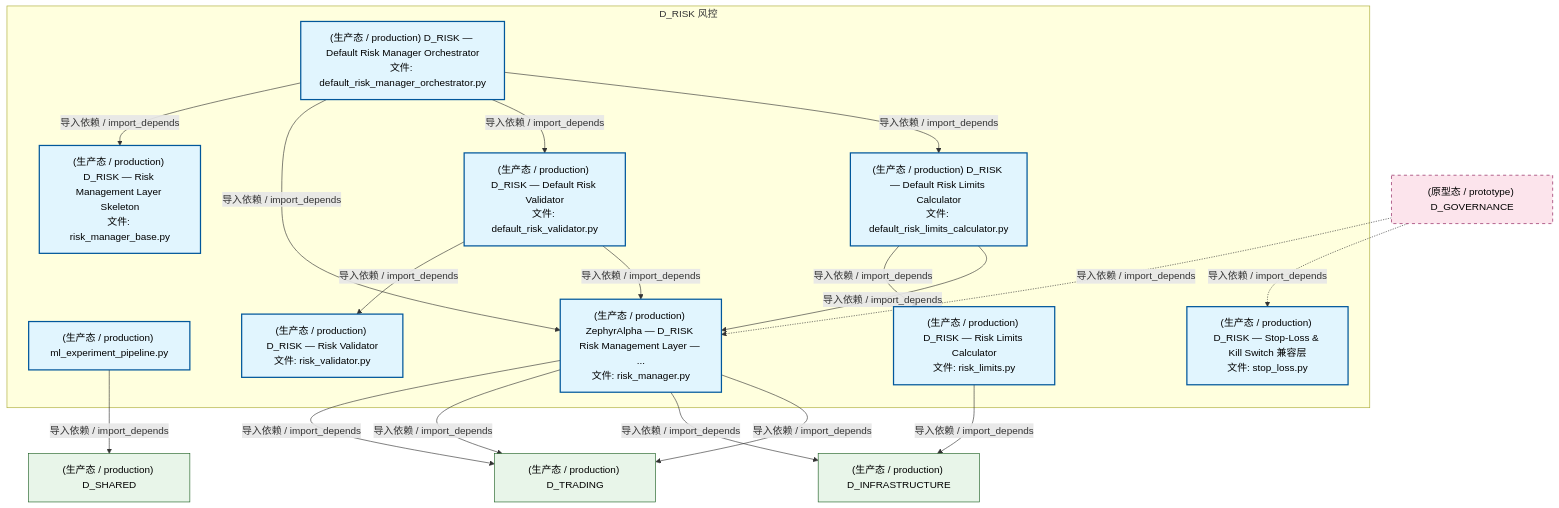
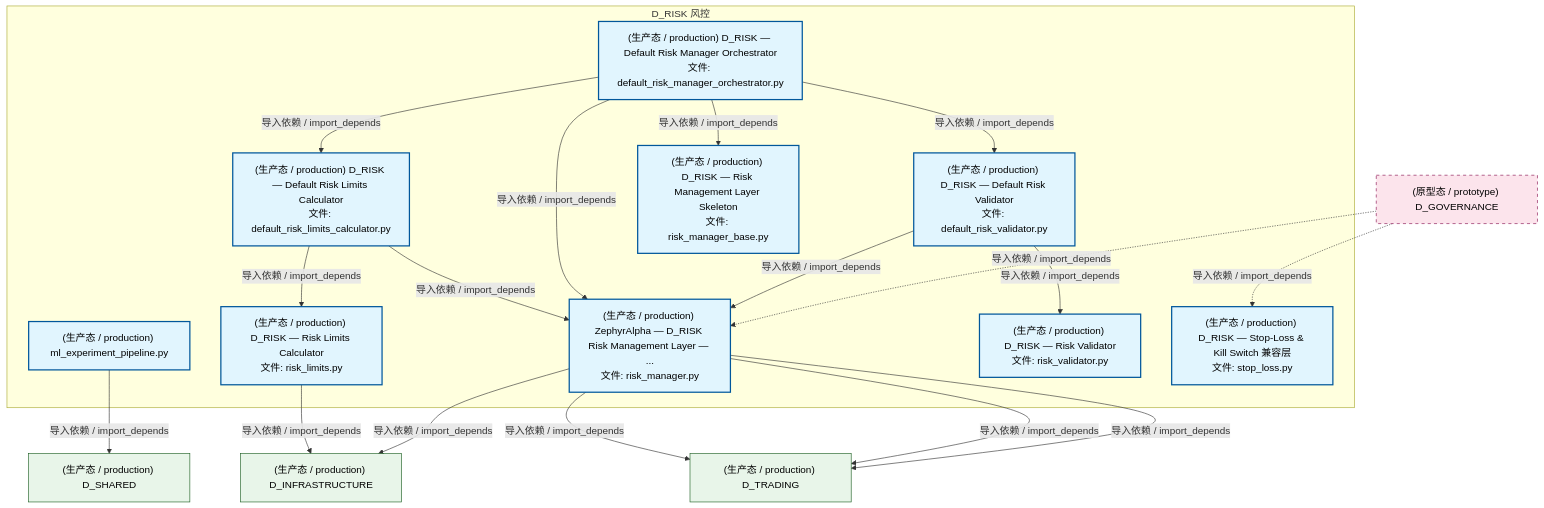
Before and after one commit to xuanFelixVan/ZephyrAlpha: the second of 4 diagrams in docs/02_enterprise_architecture/02_domain_architecture_docs/54_d_risk.md, drawn with Mermaid. The commit also changed other lines of this file and 101 other files, not shown here.

````diff
--- a/docs/02_enterprise_architecture/02_domain_architecture_docs/54_d_risk.md
+++ b/docs/02_enterprise_architecture/02_domain_architecture_docs/54_d_risk.md
@@ -133,41 +133,41 @@
 ```mermaid
 graph TD
     subgraph D_RISK["D_RISK 风控"]
         src_zephyr_risk_cross_asset_cross_market_data_adapter_ml_experiment_pipeline_py["(生产态 / production) ml_experiment_pipeline.py"]
         src_zephyr_risk_implementations_default_risk_limits_calculator_py["(生产态 / production) D_RISK — Default Risk Limits Calculator<br/>文件: default_risk_limits_calculator.py"]
         src_zephyr_risk_implementations_default_risk_manager_orchestrator_py["(生产态 / production) D_RISK — Default Risk Manager Orchestrator<br/>文件: default_risk_manager_orchestrator.py"]
         src_zephyr_risk_implementations_default_risk_validator_py["(生产态 / production) D_RISK — Default Risk Validator<br/>文件: default_risk_validator.py"]
         src_zephyr_risk_risk_limits_py["(生产态 / production) D_RISK — Risk Limits Calculator<br/>文件: risk_limits.py"]
         src_zephyr_risk_risk_manager_py["(生产态 / production) ZephyrAlpha — D_RISK Risk Management Layer — ...<br/>文件: risk_manager.py"]
         src_zephyr_risk_risk_manager_base_py["(生产态 / production) D_RISK — Risk Management Layer Skeleton<br/>文件: risk_manager_base.py"]
         src_zephyr_risk_risk_validator_py["(生产态 / production) D_RISK — Risk Validator<br/>文件: risk_validator.py"]
         src_zephyr_risk_stop_loss_py["(生产态 / production) D_RISK — Stop-Loss & Kill Switch 兼容层<br/>文件: stop_loss.py"]
     end
+    src_zephyr_risk_implementations_default_risk_limits_calculator_py -->|导入依赖 / import_depends| src_zephyr_risk_risk_manager_py
+    src_zephyr_risk_implementations_default_risk_limits_calculator_py -->|导入依赖 / import_depends| src_zephyr_risk_risk_limits_py
+    src_zephyr_risk_implementations_default_risk_manager_orchestrator_py -->|导入依赖 / import_depends| src_zephyr_risk_risk_manager_py
+    src_zephyr_risk_implementations_default_risk_manager_orchestrator_py -->|导入依赖 / import_depends| src_zephyr_risk_risk_manager_base_py
+    src_zephyr_risk_implementations_default_risk_manager_orchestrator_py -->|导入依赖 / import_depends| src_zephyr_risk_implementations_default_risk_limits_calculator_py
+    src_zephyr_risk_implementations_default_risk_manager_orchestrator_py -->|导入依赖 / import_depends| src_zephyr_risk_implementations_default_risk_validator_py
+    src_zephyr_risk_implementations_default_risk_validator_py -->|导入依赖 / import_depends| src_zephyr_risk_risk_manager_py
     src_zephyr_risk_implementations_default_risk_validator_py -->|导入依赖 / import_depends| src_zephyr_risk_risk_validator_py
-    src_zephyr_risk_implementations_default_risk_validator_py -->|导入依赖 / import_depends| src_zephyr_risk_risk_manager_py
-    src_zephyr_risk_implementations_default_risk_manager_orchestrator_py -->|导入依赖 / import_depends| src_zephyr_risk_risk_manager_base_py
-    src_zephyr_risk_implementations_default_risk_manager_orchestrator_py -->|导入依赖 / import_depends| src_zephyr_risk_risk_manager_py
-    src_zephyr_risk_implementations_default_risk_manager_orchestrator_py -->|导入依赖 / import_depends| src_zephyr_risk_implementations_default_risk_validator_py
-    src_zephyr_risk_implementations_default_risk_manager_orchestrator_py -->|导入依赖 / import_depends| src_zephyr_risk_implementations_default_risk_limits_calculator_py
-    src_zephyr_risk_implementations_default_risk_limits_calculator_py -->|导入依赖 / import_depends| src_zephyr_risk_risk_limits_py
-    src_zephyr_risk_implementations_default_risk_limits_calculator_py -->|导入依赖 / import_depends| src_zephyr_risk_risk_manager_py
     D_TRADING["(生产态 / production) D_TRADING"]
+    src_zephyr_risk_risk_manager_py -->|导入依赖 / import_depends| D_TRADING
     src_zephyr_risk_risk_manager_py -->|导入依赖 / import_depends| D_TRADING
     D_INFRASTRUCTURE["(生产态 / production) D_INFRASTRUCTURE"]
     src_zephyr_risk_risk_limits_py -->|导入依赖 / import_depends| D_INFRASTRUCTURE
-    src_zephyr_risk_risk_manager_py -->|导入依赖 / import_depends| D_TRADING
     src_zephyr_risk_risk_manager_py -->|导入依赖 / import_depends| D_INFRASTRUCTURE
     src_zephyr_risk_risk_manager_py -->|导入依赖 / import_depends| D_TRADING
     D_SHARED["(生产态 / production) D_SHARED"]
     src_zephyr_risk_cross_asset_cross_market_data_adapter_ml_experiment_pipeline_py -->|导入依赖 / import_depends| D_SHARED
     D_GOVERNANCE["(原型态 / prototype) D_GOVERNANCE"]
     D_GOVERNANCE -.->|导入依赖 / import_depends| src_zephyr_risk_risk_manager_py
     D_GOVERNANCE -.->|导入依赖 / import_depends| src_zephyr_risk_stop_loss_py
     classDef production fill:#e1f5fe,stroke:#01579b,stroke-width:2px,color:#000
     classDef design fill:#fff3e0,stroke:#e65100,stroke-width:2px,color:#000,stroke-dasharray: 5 5
     classDef external_prod fill:#e8f5e9,stroke:#1b5e20,stroke-width:1px,color:#000
     classDef external_design fill:#fce4ec,stroke:#880e4f,stroke-width:1px,color:#000,stroke-dasharray: 5 5
     class src_zephyr_risk_cross_asset_cross_market_data_adapter_ml_experiment_pipeline_py,src_zephyr_risk_implementations_default_risk_limits_calculator_py,src_zephyr_risk_implementations_default_risk_manager_orchestrator_py,src_zephyr_risk_implementations_default_risk_validator_py,src_zephyr_risk_risk_limits_py,src_zephyr_risk_risk_manager_py,src_zephyr_risk_risk_manager_base_py,src_zephyr_risk_risk_validator_py,src_zephyr_risk_stop_loss_py production
     class D_TRADING,D_INFRASTRUCTURE,D_SHARED external_prod
     class D_GOVERNANCE external_design
 ```
````
